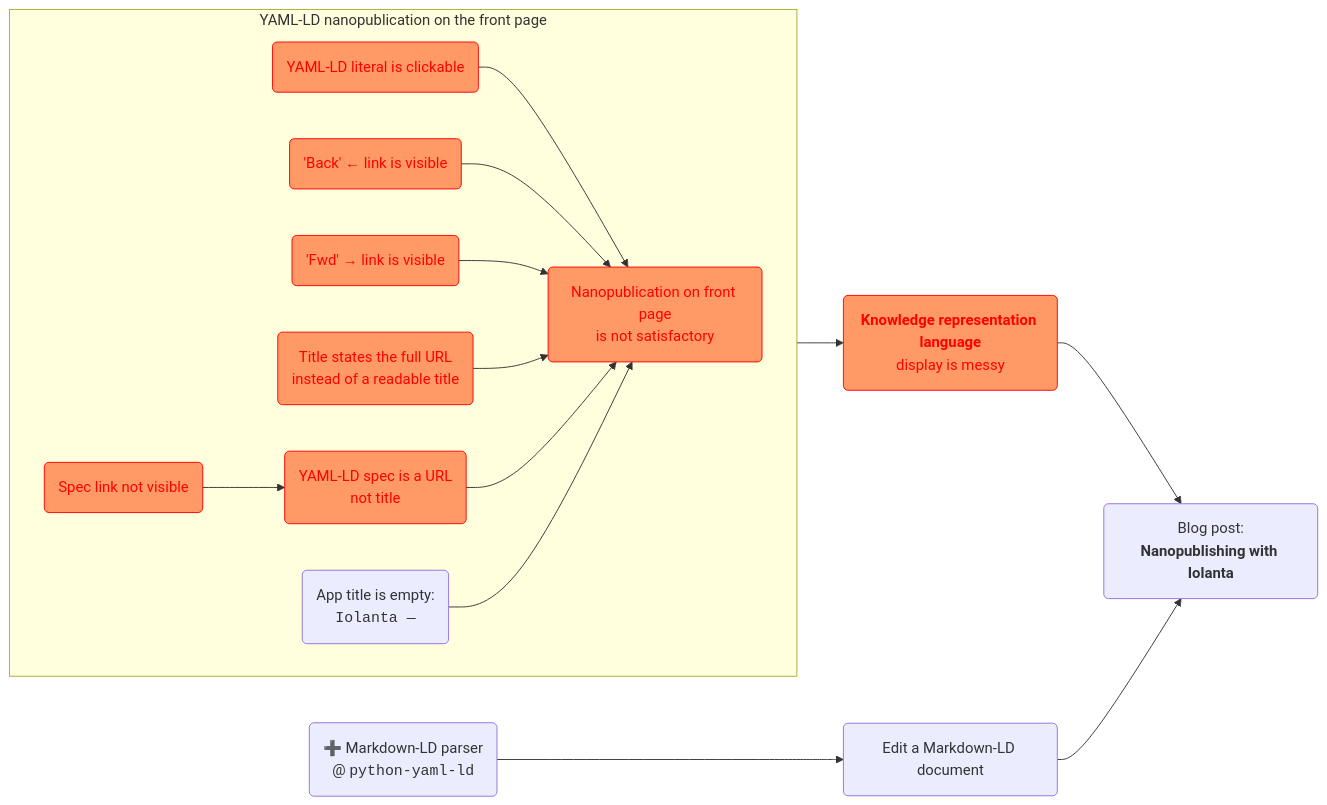
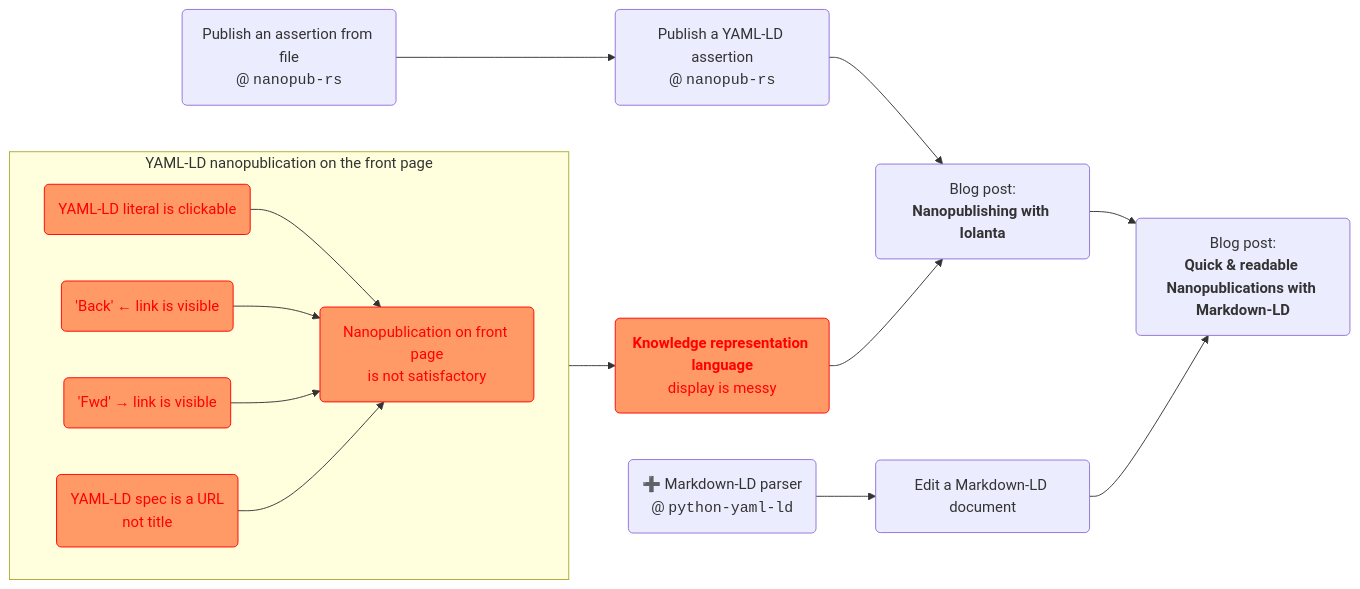
The diagram in docs/roadmap.md (iolanta-tech/iolanta), drawn with Mermaid before and after one commit.

Commit message:
#270 Update roadmap

````diff
--- a/docs/roadmap.md
+++ b/docs/roadmap.md
@@ -12,38 +12,33 @@
 ```mermaid
 graph LR
-    nanopub-blog-post("Blog post:<br/><strong>Nanopublishing with Iolanta</strong>")
+    nanopub-blog-post("Blog post:<br/><strong>Nanopublishing with Iolanta</strong>") --> markdown-nanopub-blog-post("Blog post:<br/><strong>Quick & readable Nanopublications with Markdown-LD")
+    
+    nanopub-rs-graph("Publish an assertion from file<br/>@ <code>nanopub-rs</code>") --> nanopub-yaml-ld("Publish a YAML-LD assertion<br/>@ <code>nanopub-rs</code>") --> nanopub-blog-post
     
     subgraph "YAML-LD nanopublication on the front page"
         direction LR
         nanopublication-is-not-satisfactory("Nanopublication on front page<br/>is not satisfactory")
         class nanopublication-is-not-satisfactory bug
         
         literal-clickable("YAML-LD literal is clickable") --> nanopublication-is-not-satisfactory
         click literal-clickable "https://github.com/iolanta-tech/iolanta/issues/260"
         class literal-clickable bug
         
         back("'Back' ← link is visible") --> nanopublication-is-not-satisfactory
         class back bug
     
         fwd("'Fwd' → link is visible") --> nanopublication-is-not-satisfactory
         class fwd bug
-    
-        nanopub-title("Title states the full URL<br/>instead of a readable title") --> nanopublication-is-not-satisfactory
-        click nanopub-title "https://github.com/iolanta-tech/iolanta/issues/270"
-        class nanopub-title bug
             
-        spec-not-visible("Spec link not visible") --> spec("YAML-LD spec is a URL<br/>not title") --> nanopublication-is-not-satisfactory
+        spec("YAML-LD spec is a URL<br/>not title") --> nanopublication-is-not-satisfactory
         class spec bug
-        class spec-not-visible bug
-        
-        app-title-empty("App title is empty:<br/><code>Iolanta —</code>") --> nanopublication-is-not-satisfactory
     end
     
     nanopublication-is-not-satisfactory --> fip-term-messy("<strong>Knowledge representation language</strong><br/>display is messy") --> nanopub-blog-post
     class fip-term-messy bug
     
-    python-yaml-ld-markdown-ld("➕ Markdown-LD parser<br/>@ <code>python-yaml-ld</code>") --> markdown-ld("Edit a Markdown-LD document") --> nanopub-blog-post
+    python-yaml-ld-markdown-ld("➕ Markdown-LD parser<br/>@ <code>python-yaml-ld</code>") --> markdown-ld("Edit a Markdown-LD document") --> markdown-nanopub-blog-post
     click markdown-ld "https://github.com/iolanta-tech/iolanta/issues/261"
         
     classDef bug fill:#f96,color:#f00,stroke:#f00,stroke-width:1px;
 ```
````
